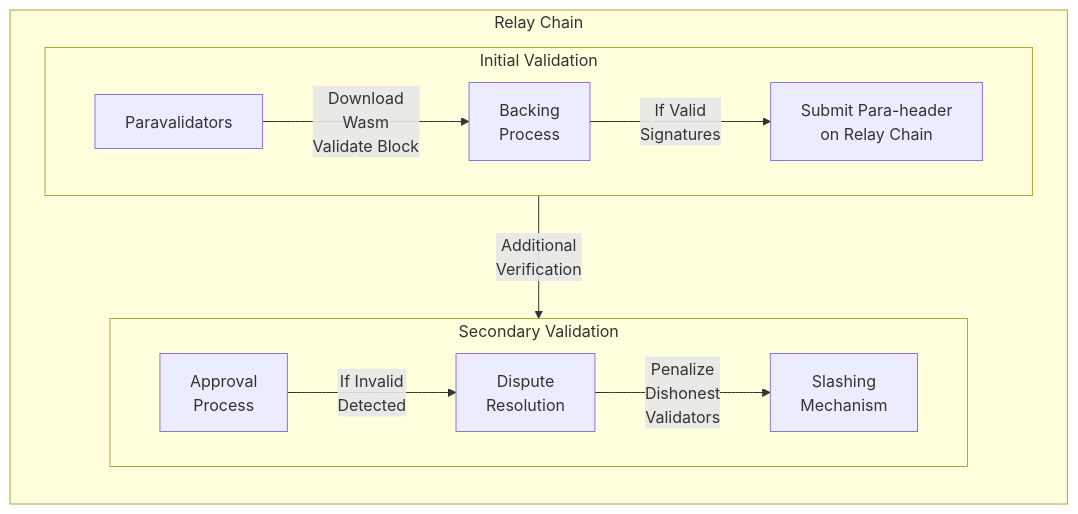
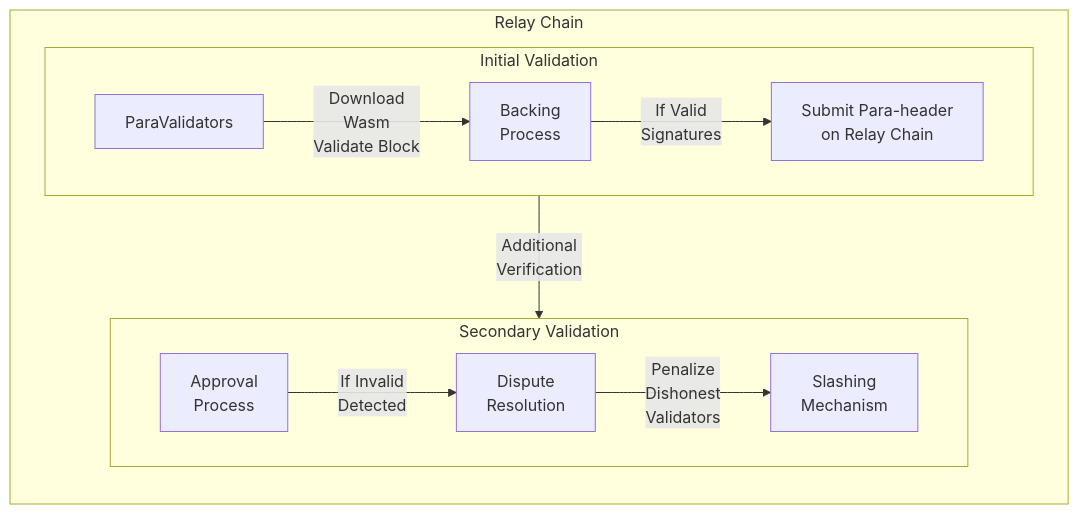
The second of 2 diagrams in polkadot-protocol/architecture/parachains/consensus.md (polkadot-developers/polkadot-docs), drawn with Mermaid before and after one commit.

Commit message:
fix: camel case

````diff
--- a/polkadot-protocol/architecture/parachains/consensus.md
+++ b/polkadot-protocol/architecture/parachains/consensus.md
@@ -77,28 +77,28 @@
 ```mermaid
 flowchart
     subgraph RelayChain["Relay Chain"]
         direction TB
         subgraph InitialValidation["Initial Validation"]
             direction LR
-            PValidators[Paravalidators]
+            PValidators[ParaValidators]
             Backing[Backing\nProcess]
             Header[Submit Para-header\non Relay Chain]
         end
         subgraph Secondary["Secondary Validation"]
             Approval[Approval\nProcess]
             Dispute[Dispute\nResolution]
             Slashing[Slashing\nMechanism]
         end
         
     end
 
 
     %% Validation Process
     PValidators -->|Download\nWasm\nValidate Block| Backing
     Backing -->|If Valid\nSignatures| Header
     InitialValidation -->|Additional\nVerification| Secondary
     
     %% Dispute Flow
     Approval -->|If Invalid\nDetected| Dispute
     Dispute -->|Penalize\nDishonest\nValidators| Slashing
 ```
````
